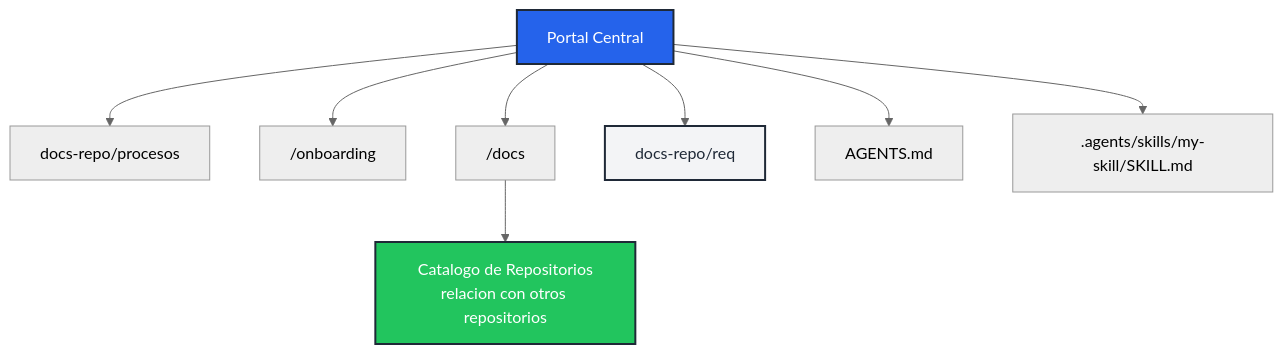
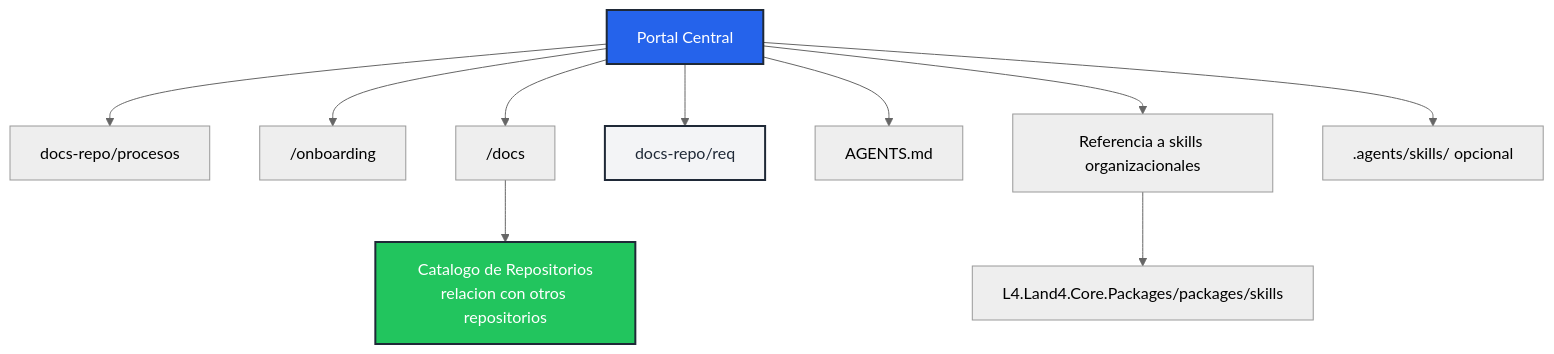
The first of 3 diagrams in docs-repo/docs/arquitectura.md (L4CR/L4.Land4.Docs), drawn with Mermaid (neutral theme) before and after one commit. The commit also changed other lines of this file and 24 other files, not shown here.

First line of the commit message:
Documentar GitHub Flow y centralizar skills LAND4 (#22)

````diff
--- a/docs-repo/docs/arquitectura.md
+++ b/docs-repo/docs/arquitectura.md
@@ -26,15 +26,17 @@
 ```mermaid
 graph TD
     A["Portal Central"] --> P["docs-repo/procesos"]
     A --> C["/onboarding"]
     A --> T["/docs"]
     A --> K["docs-repo/req"]
     A --> M["AGENTS.md"]
-    A --> N[".agents/skills/my-skill/SKILL.md"]
+    A --> N["Referencia a skills organizacionales"]
+    N --> O["L4.Land4.Core.Packages/packages/skills"]
+    A --> W[".agents/skills/<skill> opcional"]
 
     T --> D["Catalogo de Repositorios<br/>relacion con otros repositorios"]
 
     style A fill:#2563EB,stroke:#1F2937,stroke-width:2px,color:#fff
     style D fill:#22C55E,stroke:#1F2937,stroke-width:2px,color:#fff
     style K fill:#F3F4F6,stroke:#1F2937,stroke-width:2px,color:#1F2937
 ```
````
